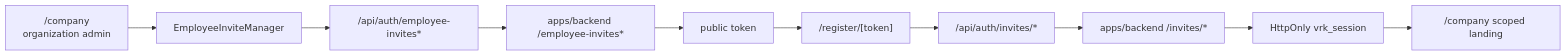
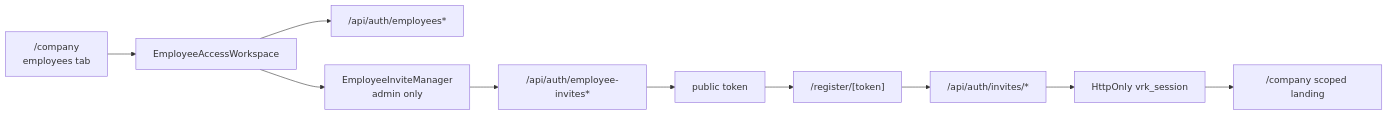
One commit to vrk-app/vrk changed the fourth of 9 diagrams in docs/architecture/frontend-architecture.md. Above: the diagram before and after it, drawn with Mermaid. The commit also changed other lines of this file and 39 other files, not shown here.

````diff
--- a/docs/architecture/frontend-architecture.md
+++ b/docs/architecture/frontend-architecture.md
@@ -140,12 +140,12 @@
 ```mermaid
 flowchart LR
-    A["/company<br/>organization admin"] --> B["EmployeeInviteManager"]
-    B --> C["/api/auth/employee-invites*"]
-    C --> D["apps/backend /employee-invites*"]
-    D --> E["public token"]
-    E --> F["/register/[token]"]
-    F --> G["/api/auth/invites/*"]
-    G --> H["apps/backend /invites/*"]
+    A["/company<br/>employees tab"] --> B["EmployeeAccessWorkspace"]
+    B --> C["/api/auth/employees*"]
+    B --> D["EmployeeInviteManager<br/>admin only"]
+    D --> E["/api/auth/employee-invites*"]
+    E --> F["public token"]
+    F --> G["/register/[token]"]
+    G --> H["/api/auth/invites/*"]
     H --> I["HttpOnly vrk_session"]
     I --> J["/company scoped landing"]
 ```
````
